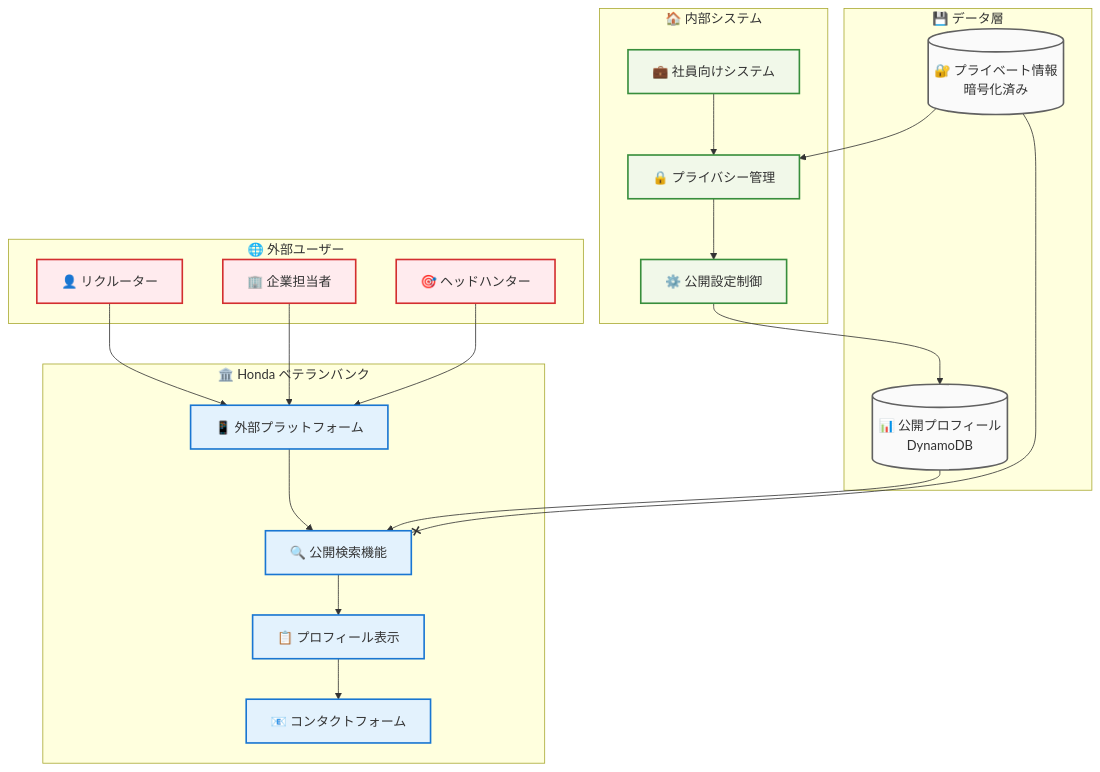
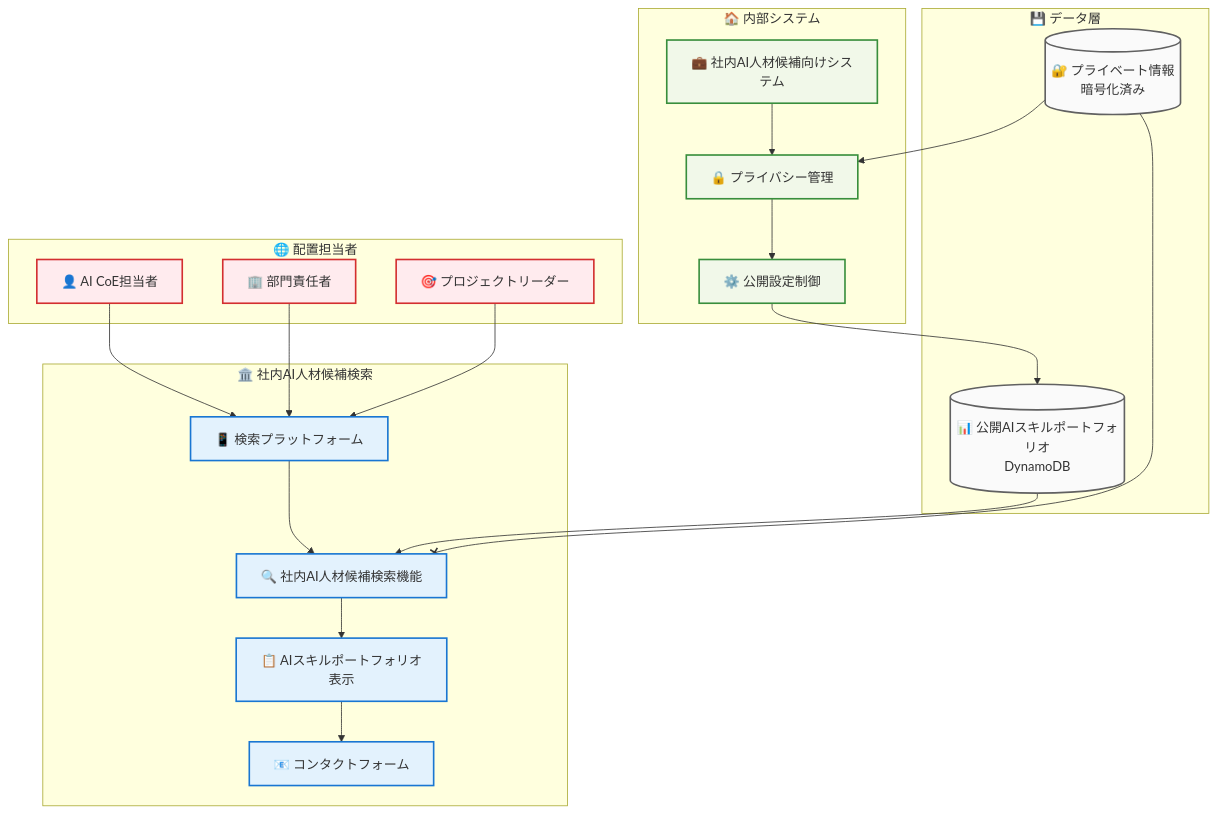
The third of 3 diagrams in README.md (leadlea/honda), drawn with Mermaid before and after one commit. The commit also changed other lines of this file and 1 other file, not shown here.

````diff
--- a/README.md
+++ b/README.md
@@ -188,55 +176,49 @@
 ```mermaid
 flowchart TD
-    subgraph External["🌐 外部ユーザー"]
-        REC["👤 リクルーター"]
-        CORP["🏢 企業担当者"]
-        HEAD["🎯 ヘッドハンター"]
+    subgraph External["🌐 配置担当者"]
+        REC["👤 AI CoE担当者"]
+        CORP["🏢 部門責任者"]
+        HEAD["🎯 プロジェクトリーダー"]
     end
 
-    subgraph Platform["🏛️ Honda ベテランバンク"]
-        EP["📱 外部プラットフォーム"]
-        PS["🔍 公開検索機能"]
-        PF["📋 プロフィール表示"]
+    subgraph Platform["🏛️ 社内AI人材候補検索"]
+        EP["📱 検索プラットフォーム"]
+        PS["🔍 社内AI人材候補検索機能"]
+        PF["📋 AIスキルポートフォリオ表示"]
         CF["📧 コンタクトフォーム"]
     end
 
     subgraph Internal["🏠 内部システム"]
-        IS["💼 社員向けシステム"]
+        IS["💼 社内AI人材候補向けシステム"]
         PM["🔒 プライバシー管理"]
         PP["⚙️ 公開設定制御"]
     end
 
     subgraph Data["💾 データ層"]
-        PUB[("📊 公開プロフィール<br/>DynamoDB")]
+        PUB[("📊 公開AIスキルポートフォリオ<br/>DynamoDB")]
         PRIV[("🔐 プライベート情報<br/>暗号化済み")]
     end
 
-    %% 外部アクセスフロー
     REC --> EP
     CORP --> EP
     HEAD --> EP
     EP --> PS
     PS --> PF
     PF --> CF
-
-    %% 内部制御フロー
     IS --> PM
     PM --> PP
     PP --> PUB
-
-    %% データ分離
     PUB --> PS
     PRIV --> PM
     PRIV --x PS
 
-    %% スタイリング
     classDef external fill:#ffebee,stroke:#d32f2f,stroke-width:2px;
     classDef platform fill:#e3f2fd,stroke:#1976d2,stroke-width:2px;
     classDef internal fill:#f1f8e9,stroke:#388e3c,stroke-width:2px;
     classDef data fill:#fafafa,stroke:#616161,stroke-width:2px;
 
     class REC,CORP,HEAD external;
     class EP,PS,PF,CF platform;
     class IS,PM,PP internal;
     class PUB,PRIV data;
 ```
````
